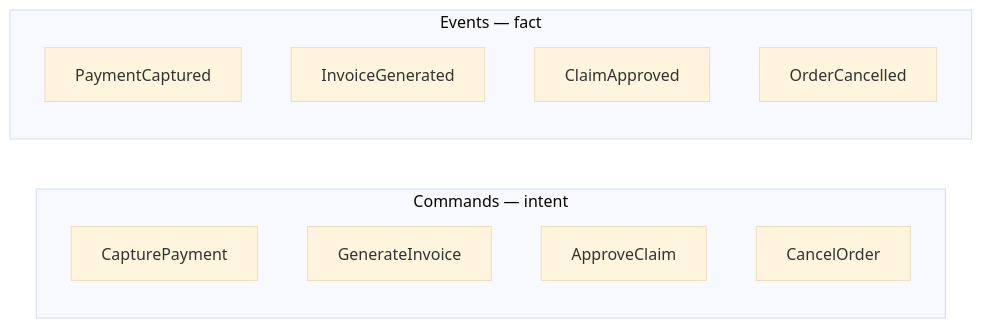
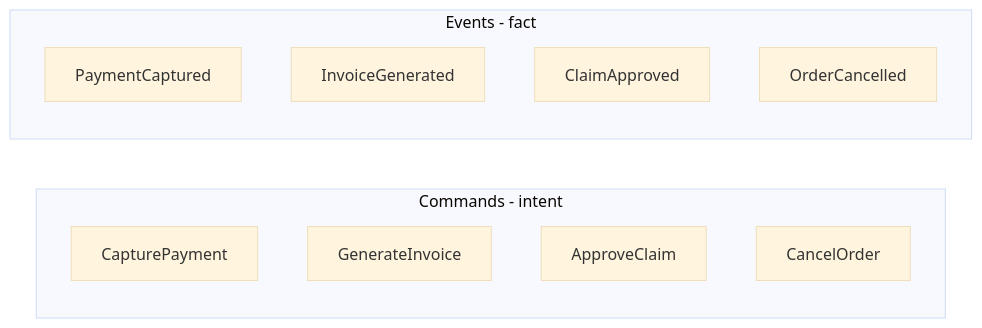
One commit to yoosuf/yoosuf.github.io changed the eighth of 20 diagrams in _posts/2026-09-14-10-event-driven-architecture-questions.md. Above: the diagram before and after it, drawn with Mermaid (base theme). The commit also changed other lines of this file, not shown here.

Commit message:
Rewrite event-driven post: convert text flows to diagrams and bulleted lists

````diff
--- a/_posts/2026-09-14-10-event-driven-architecture-questions.md
+++ b/_posts/2026-09-14-10-event-driven-architecture-questions.md
@@ -141,15 +193,15 @@
 ```mermaid
 flowchart LR
-    subgraph Commands["Commands — intent"]
+    subgraph Commands["Commands - intent"]
         C1[CapturePayment]
         C2[GenerateInvoice]
         C3[ApproveClaim]
         C4[CancelOrder]
     end
-    subgraph Events["Events — fact"]
+    subgraph Events["Events - fact"]
         E1[PaymentCaptured]
         E2[InvoiceGenerated]
         E3[ClaimApproved]
         E4[OrderCancelled]
     end
 ```
````
